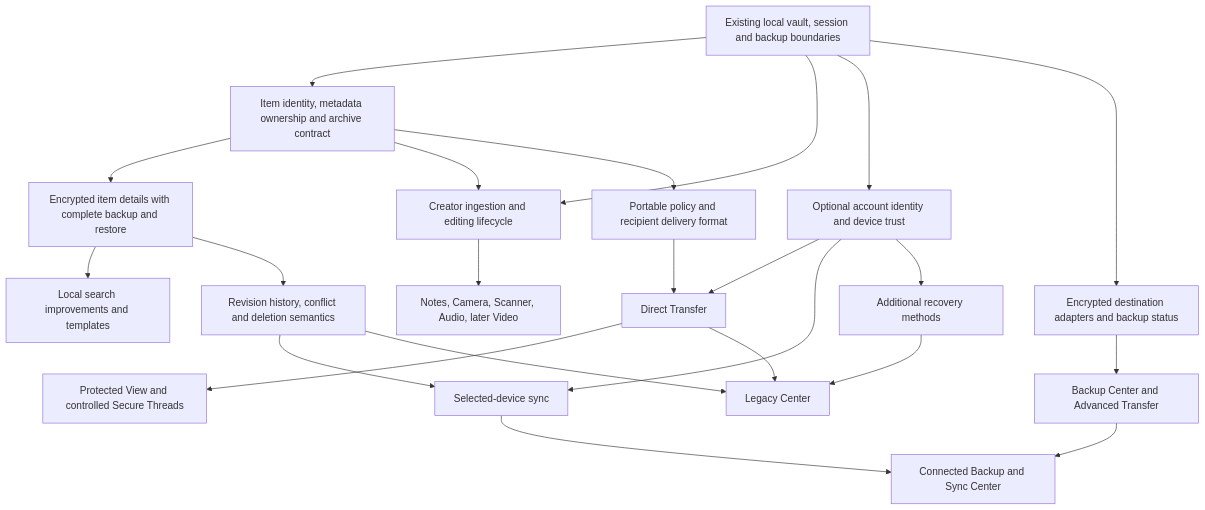
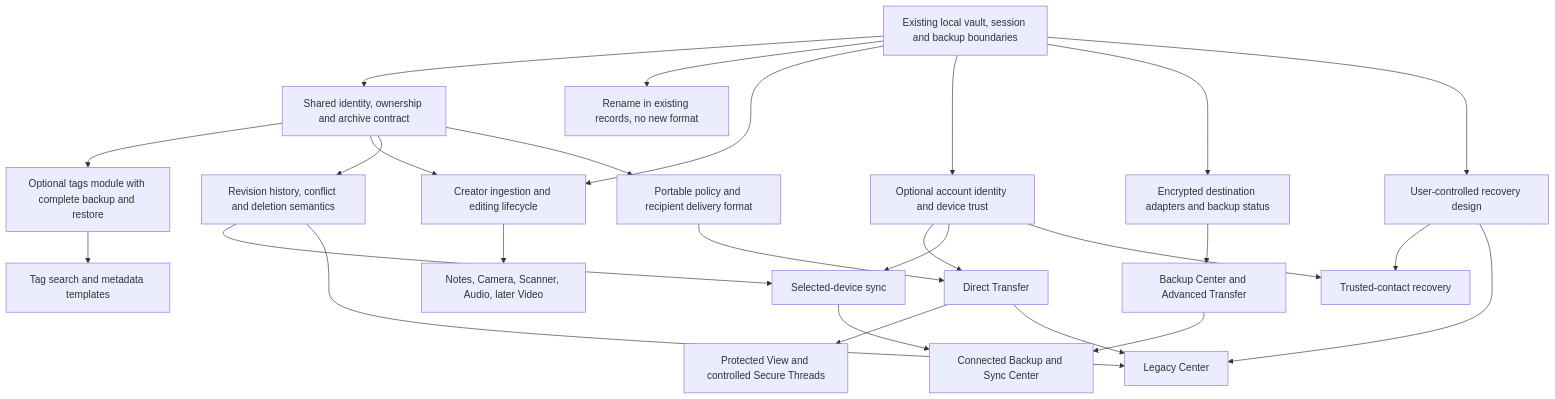
The diagram in docs/ROADMAP_DEPENDENCY_PLAN.md (Frankbell84/KeyHollow), drawn with Mermaid before and after one commit. The commit also changed other lines of this file and 2 other files, not shown here.

Commit message:
docs: resolve foundation boundaries and compare first feature candidates

````diff
--- a/docs/ROADMAP_DEPENDENCY_PLAN.md
+++ b/docs/ROADMAP_DEPENDENCY_PLAN.md
@@ -77,25 +79,28 @@
 ```mermaid
 flowchart TD
-    A[Existing local vault, session and backup boundaries] --> B[Item identity, metadata ownership and archive contract]
-    B --> C[Encrypted item details with complete backup and restore]
-    C --> D[Local search improvements and templates]
+    A[Existing local vault, session and backup boundaries] --> B[Shared identity, ownership and archive contract]
+    A --> R[Rename in existing records, no new format]
+    B --> C[Optional tags module with complete backup and restore]
+    C --> D[Tag search and metadata templates]
     A --> E[Creator ingestion and editing lifecycle]
     B --> E
     E --> F[Notes, Camera, Scanner, Audio, later Video]
-    C --> G[Revision history, conflict and deletion semantics]
+    B --> G[Revision history, conflict and deletion semantics]
     A --> H[Optional account identity and device trust]
     B --> I[Portable policy and recipient delivery format]
     H --> J[Direct Transfer]
     I --> J
     J --> K[Protected View and controlled Secure Threads]
     G --> L[Selected-device sync]
     H --> L
     A --> M[Encrypted destination adapters and backup status]
     M --> N[Backup Center and Advanced Transfer]
     L --> O[Connected Backup and Sync Center]
     N --> O
-    H --> P[Additional recovery methods]
+    A --> P[User-controlled recovery design]
+    H --> PT[Trusted-contact recovery]
+    P --> PT
     P --> Q[Legacy Center]
     J --> Q
     G --> Q
 ```
````
